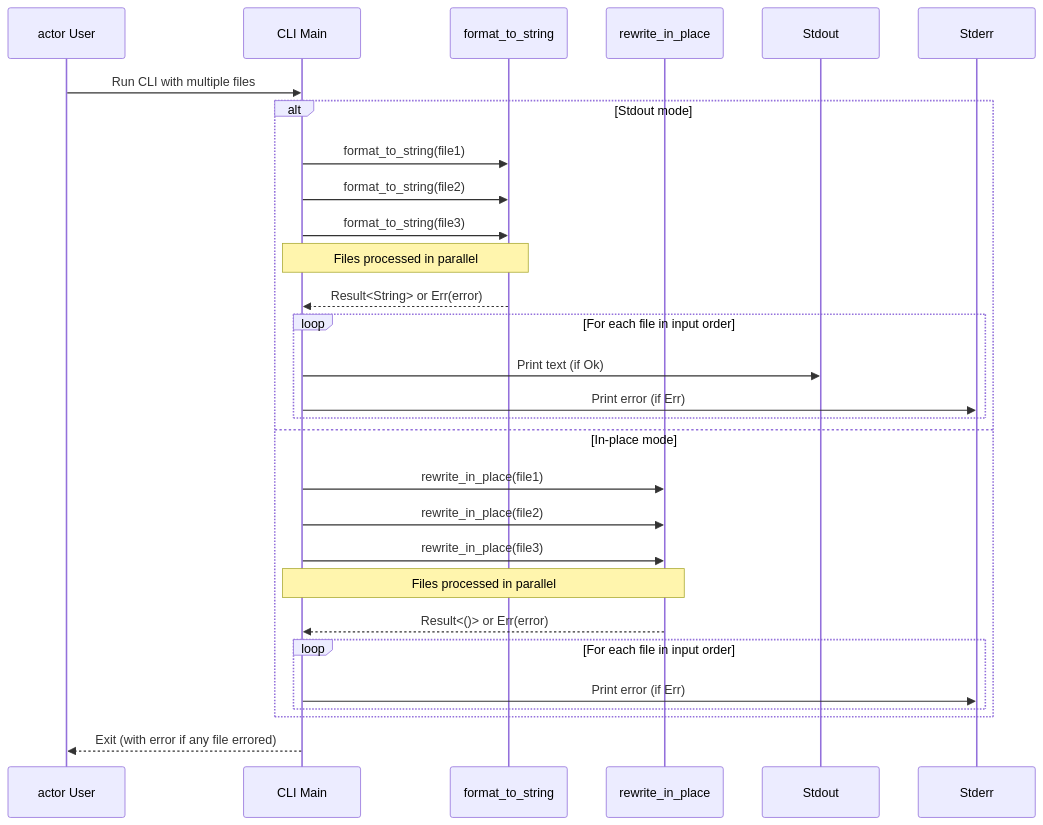
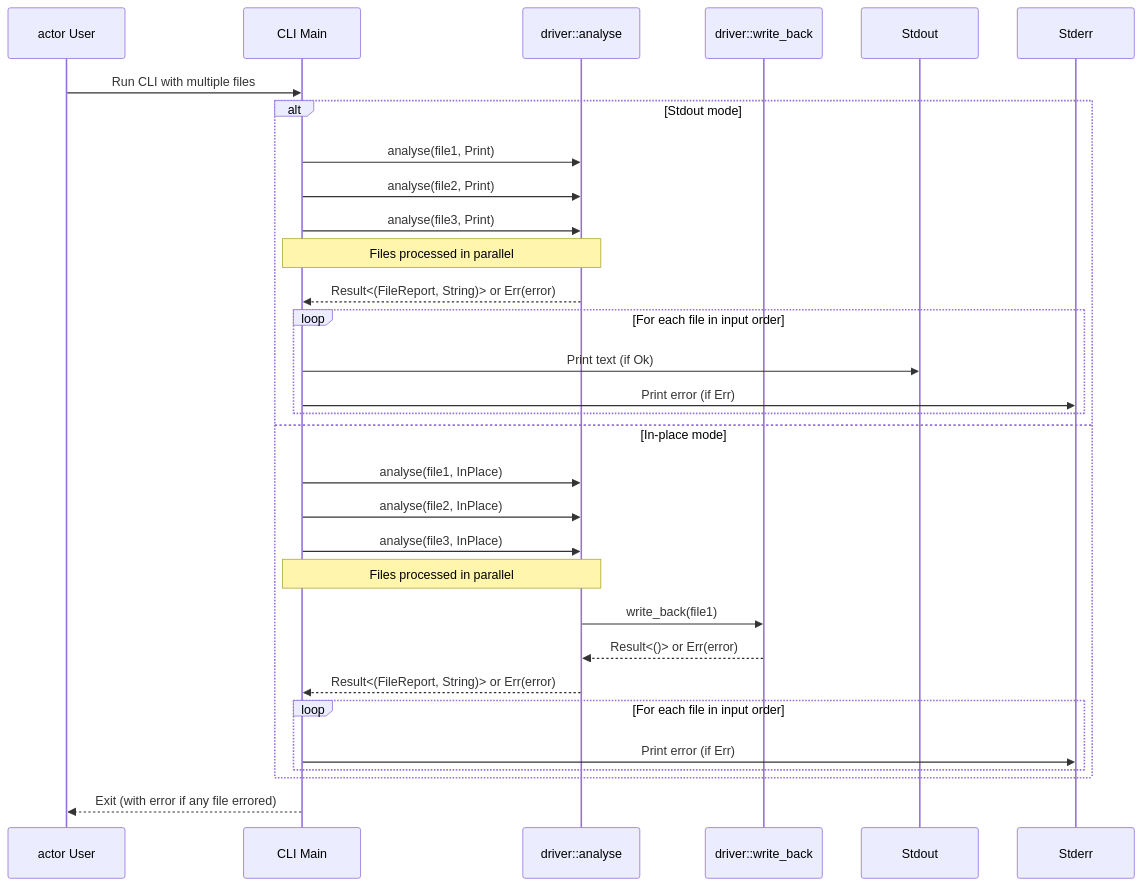
One commit to leynos/mdtablefix changed the sixth of 8 diagrams in docs/architecture.md. Above: the diagram before and after it, drawn with Mermaid. The commit also changed other lines of this file and 107 other files, not shown here.

````diff
--- a/docs/architecture.md
+++ b/docs/architecture.md
@@ -664,32 +694,34 @@
 ```mermaid
 sequenceDiagram
     participant User as actor User
     participant CLI as CLI Main
-    participant Formatter as format_to_string
-    participant Rewriter as rewrite_in_place
+    participant Analyser as driver::analyse
+    participant Rewriter as driver::write_back
     participant Stdout as Stdout
     participant Stderr as Stderr
 
     User->>CLI: Run CLI with multiple files
     alt Stdout mode
-        CLI->>Formatter: format_to_string(file1)
-        CLI->>Formatter: format_to_string(file2)
-        CLI->>Formatter: format_to_string(file3)
-        Note over CLI,Formatter: Files processed in parallel
-        Formatter-->>CLI: Result<String> or Err(error)
+        CLI->>Analyser: analyse(file1, Print)
+        CLI->>Analyser: analyse(file2, Print)
+        CLI->>Analyser: analyse(file3, Print)
+        Note over CLI,Analyser: Files processed in parallel
+        Analyser-->>CLI: Result<(FileReport, String)> or Err(error)
         loop For each file in input order
             CLI->>Stdout: Print text (if Ok)
             CLI->>Stderr: Print error (if Err)
         end
     else In-place mode
-        CLI->>Rewriter: rewrite_in_place(file1)
-        CLI->>Rewriter: rewrite_in_place(file2)
-        CLI->>Rewriter: rewrite_in_place(file3)
-        Note over CLI,Rewriter: Files processed in parallel
-        Rewriter-->>CLI: Result<()> or Err(error)
+        CLI->>Analyser: analyse(file1, InPlace)
+        CLI->>Analyser: analyse(file2, InPlace)
+        CLI->>Analyser: analyse(file3, InPlace)
+        Note over CLI,Analyser: Files processed in parallel
+        Analyser->>Rewriter: write_back(file1)
+        Rewriter-->>Analyser: Result<()> or Err(error)
+        Analyser-->>CLI: Result<(FileReport, String)> or Err(error)
         loop For each file in input order
             CLI->>Stderr: Print error (if Err)
         end
     end
     CLI-->>User: Exit (with error if any file errored)
 ```
````
